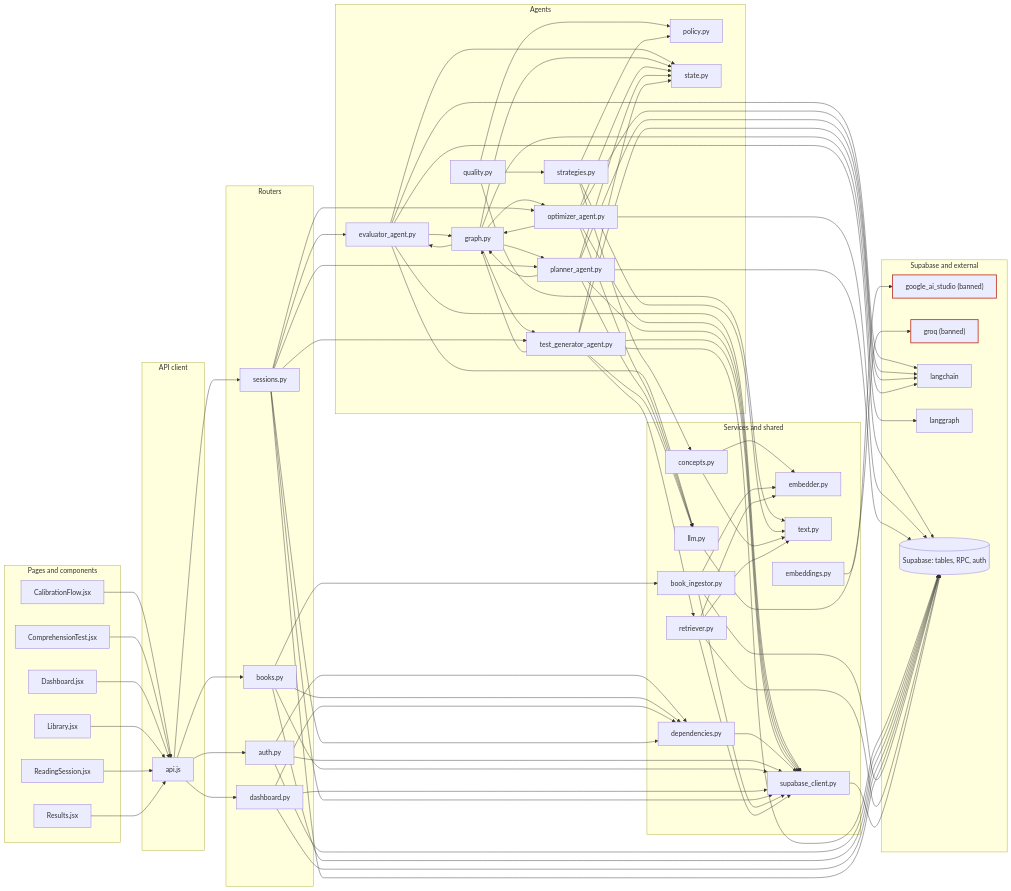
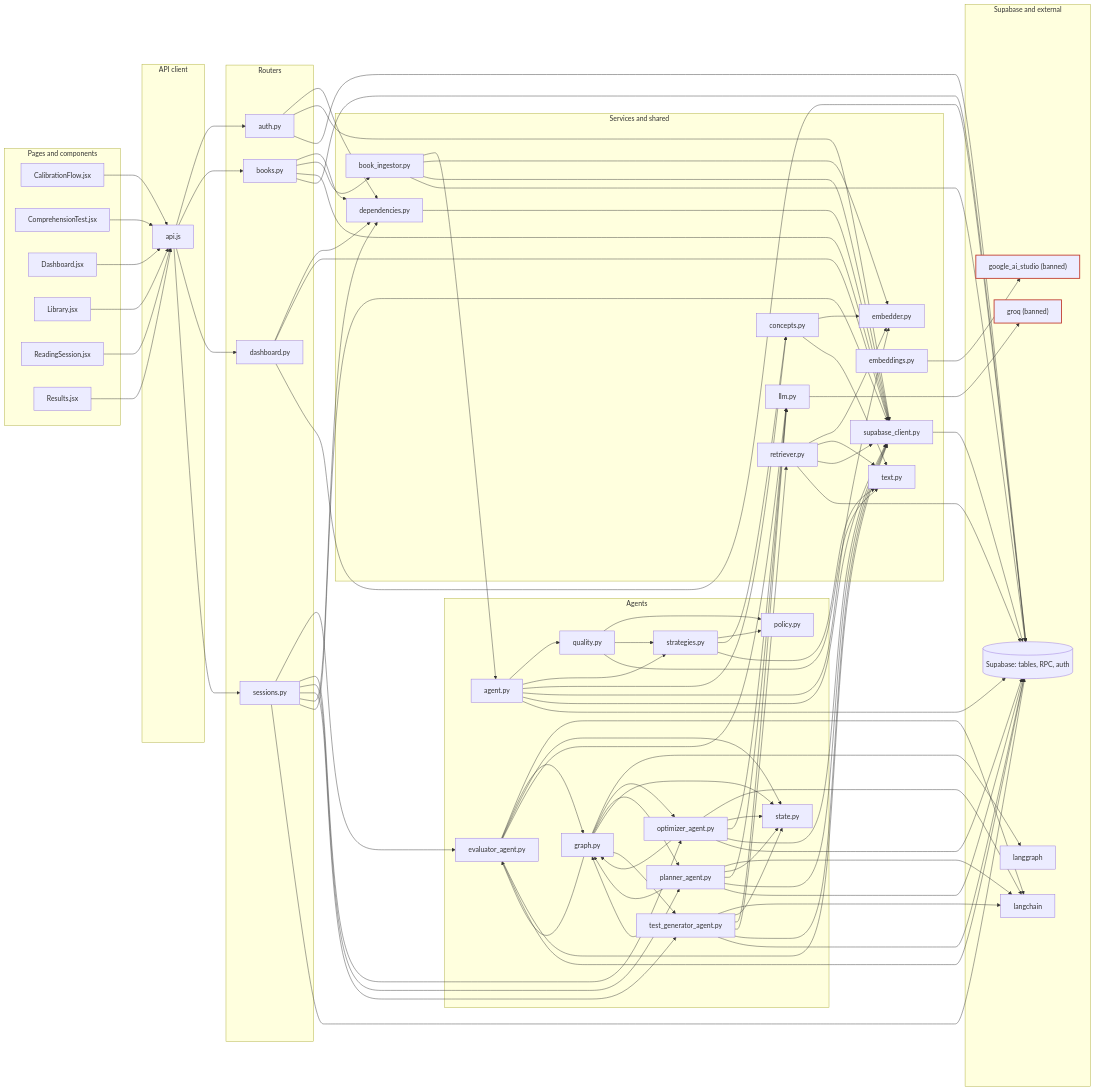
One commit to asparagusD/readfocus changed the first of 2 diagrams in docs/repo-graph/REPO_MAP.md. Above: the diagram before and after it, drawn with Mermaid. The commit also changed other lines of this file and 12 other files, not shown here.

First line of the commit message:
feat(agents): generate question bank during ingestion

```diff
--- a/docs/repo-graph/REPO_MAP.md
+++ b/docs/repo-graph/REPO_MAP.md
@@ -35,6 +35,7 @@
     file_backend_agents_optimizer_agent_py["optimizer_agent.py"]
     file_backend_agents_planner_agent_py["planner_agent.py"]
     file_backend_agents_policy_py["policy.py"]
+    file_backend_agents_question_generation_agent_py["agent.py"]
     file_backend_agents_question_generation_quality_py["quality.py"]
     file_backend_agents_question_generation_strategies_py["strategies.py"]
     file_backend_agents_state_py["state.py"]
@@ -82,6 +83,12 @@
   file_backend_agents_planner_agent_py --> file_backend_services_llm_py
   file_backend_agents_planner_agent_py --> file_backend_services_supabase_client_py
   file_backend_agents_planner_agent_py --> supabase
+  file_backend_agents_question_generation_agent_py --> file_backend_agents_question_generation_quality_py
+  file_backend_agents_question_generation_agent_py --> file_backend_agents_question_generation_strategies_py
+  file_backend_agents_question_generation_agent_py --> file_backend_nlp_concepts_py
+  file_backend_agents_question_generation_agent_py --> file_backend_nlp_embedder_py
+  file_backend_agents_question_generation_agent_py --> file_backend_services_supabase_client_py
+  file_backend_agents_question_generation_agent_py --> supabase
   file_backend_agents_question_generation_quality_py --> file_backend_agents_policy_py
   file_backend_agents_question_generation_quality_py --> file_backend_agents_question_generation_strategies_py
   file_backend_agents_question_generation_quality_py --> file_backend_nlp_text_py
@@ -115,6 +122,7 @@
   file_backend_routers_sessions_py --> file_backend_dependencies_py
   file_backend_routers_sessions_py --> file_backend_services_supabase_client_py
   file_backend_routers_sessions_py --> supabase
+  file_backend_services_book_ingestor_py --> file_backend_agents_question_generation_agent_py
   file_backend_services_book_ingestor_py --> file_backend_nlp_embedder_py
   file_backend_services_book_ingestor_py --> file_backend_services_supabase_client_py
   file_backend_services_book_ingestor_py --> supabase
```
